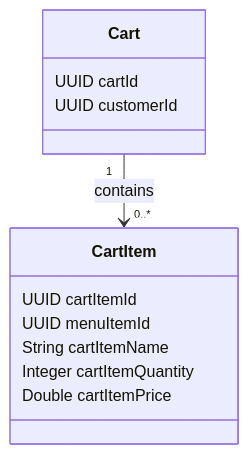
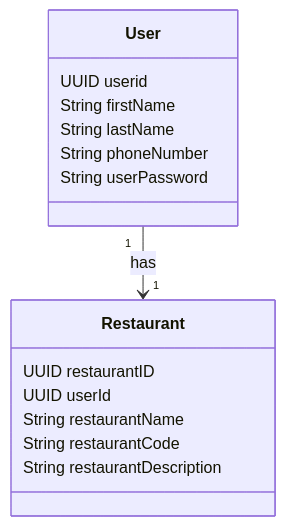
The first of 11 diagrams in README.md (w2t-el-develop/food_delivery_api), drawn with Mermaid before and after one commit. The commit also changed other lines of this file and 18 other files, not shown here.

````diff
--- a/README.md
+++ b/README.md
@@ -37,17 +30,20 @@
 ```mermaid
 classDiagram
-    class Cart {
-        UUID cartId
-        UUID customerId
+    class User {
+        UUID userid
+        String firstName 
+        String lastName
+        String phoneNumber
+        String userPassword
     }
 
-    class CartItem {
-        UUID cartItemId
-        UUID menuItemId
-        String cartItemName
-        Integer cartItemQuantity
-        Double cartItemPrice
+    class Restaurant {
+        UUID restaurantID
+        UUID userId
+        String restaurantName
+        String restaurantCode
+        String restaurantDescription
     }
 
-    Cart "1" --> "0..*" CartItem : contains
+    User "1" --> "1" Restaurant : has
 ```
````
